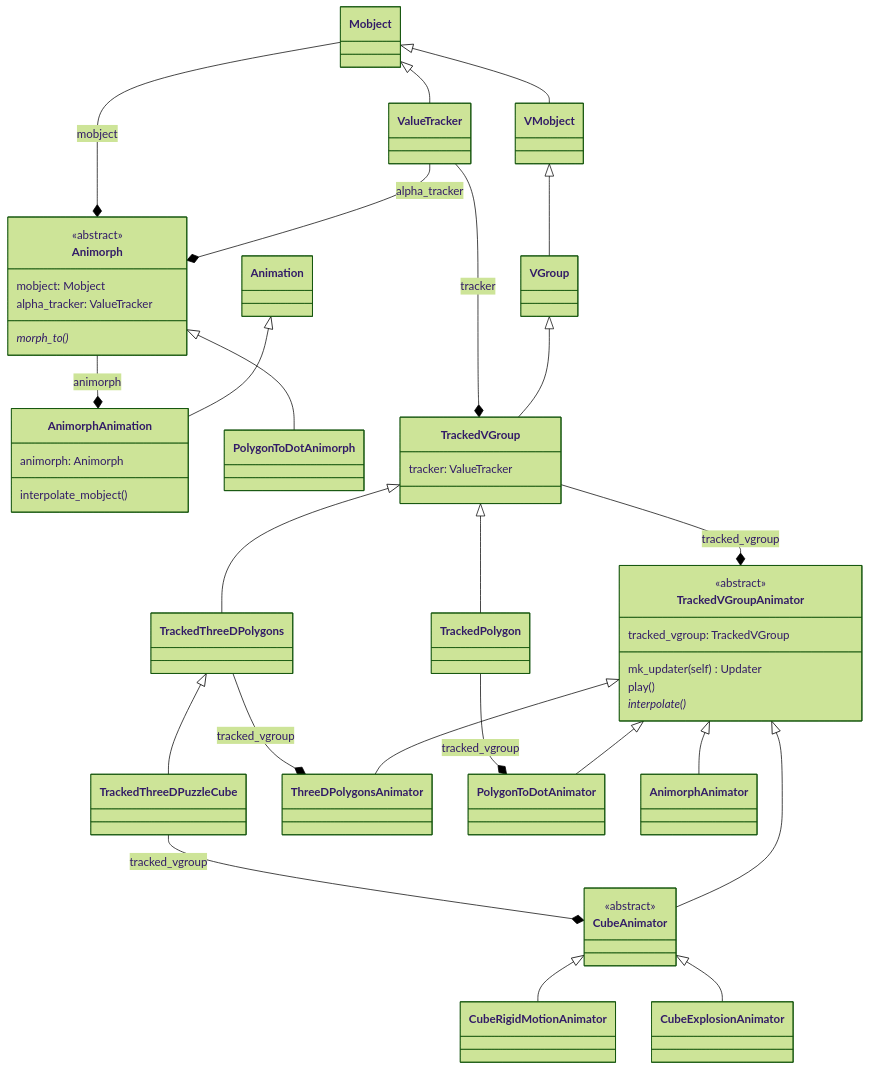
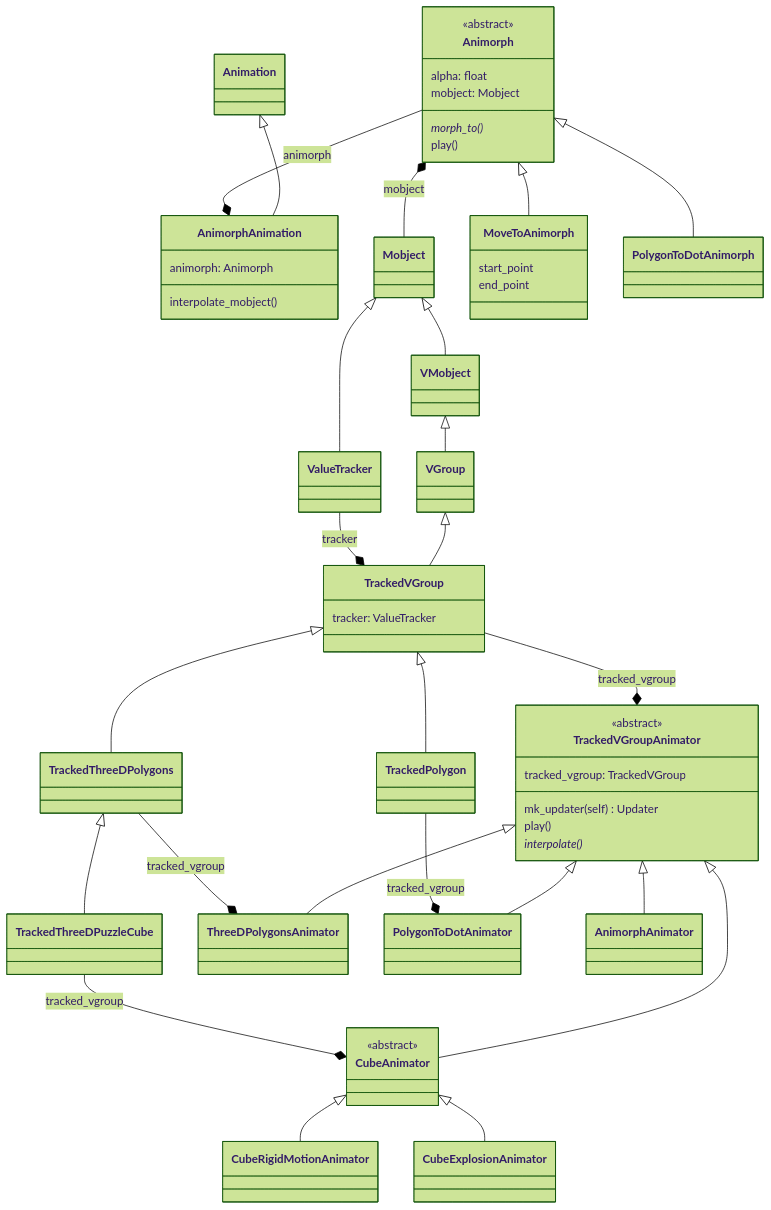
One commit to agryman/instant-insanity changed the diagram in docs/uml/animators.md. Above: the diagram before and after it, drawn with Mermaid (forest theme). The commit also changed 3 other files, not shown here.

````diff
--- a/docs/uml/animators.md
+++ b/docs/uml/animators.md
@@ -5,52 +5,58 @@
 ```mermaid
 classDiagram
     Animation <|-- AnimorphAnimation
     Mobject <|-- ValueTracker
     Animorph *-- Mobject  : mobject
+    Animorph <|-- MoveToAnimorph
     Animorph <|-- PolygonToDotAnimorph
-    ValueTracker --* Animorph : alpha_tracker
     Animorph --* AnimorphAnimation : animorph
     Mobject <|-- VMobject
     VMobject <|-- VGroup
     VGroup <|-- TrackedVGroup
     ValueTracker --* TrackedVGroup : tracker
     TrackedVGroup <|-- TrackedPolygon
     TrackedVGroup <|-- TrackedThreeDPolygons
 
     TrackedThreeDPolygons <|-- TrackedThreeDPuzzleCube
 
     TrackedVGroup --* TrackedVGroupAnimator : tracked_vgroup
     TrackedVGroupAnimator <|-- CubeAnimator
     TrackedThreeDPuzzleCube --* CubeAnimator : tracked_vgroup
     CubeAnimator <|-- CubeRigidMotionAnimator
     CubeAnimator <|-- CubeExplosionAnimator
     TrackedVGroupAnimator <|-- ThreeDPolygonsAnimator
     TrackedThreeDPolygons --* ThreeDPolygonsAnimator : tracked_vgroup
     TrackedVGroupAnimator <|-- PolygonToDotAnimator
     TrackedPolygon --* PolygonToDotAnimator : tracked_vgroup
     TrackedVGroupAnimator <|-- AnimorphAnimator
     
     class Animorph {
+        alpha: float
         mobject: Mobject
-        alpha_tracker: ValueTracker
         morph_to()*
+        play()
     }
     <<abstract>> Animorph
+    
+    class MoveToAnimorph {
+        start_point
+        end_point
+    }
 
     class TrackedVGroup {
         tracker: ValueTracker
     }
     
     class AnimorphAnimation {
         animorph: Animorph
         interpolate_mobject()
     }
     class TrackedVGroupAnimator {
         tracked_vgroup: TrackedVGroup
         mk_updater(self) Updater 
         play()
         interpolate()*
     }
     <<abstract>> TrackedVGroupAnimator
     <<abstract>> CubeAnimator
 ```
````
